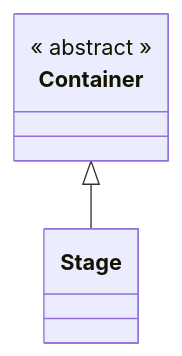
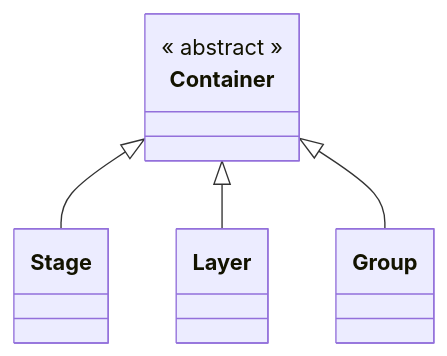
Before and after one commit to foolishflyfox/konva-docs-zh: the diagram in docs/analysis/inheritance-diagram.md, drawn with Mermaid. The commit also changed 1 other file, not shown here.

````diff
--- a/docs/analysis/inheritance-diagram.md
+++ b/docs/analysis/inheritance-diagram.md
@@ -3,11 +3,17 @@
 ```mermaid
 classDiagram
 
 class Container {
     << abstract >>
 }
 class Stage {
 }
+class Layer {
+}
+class Group {
+}
 
 Container <|-- Stage
+Container <|-- Layer
+Container <|-- Group
 ```
````
